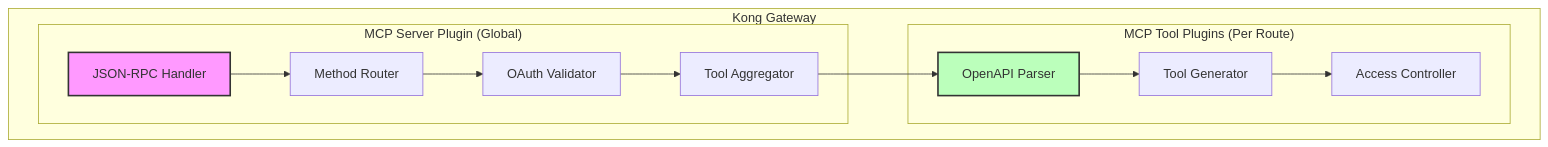
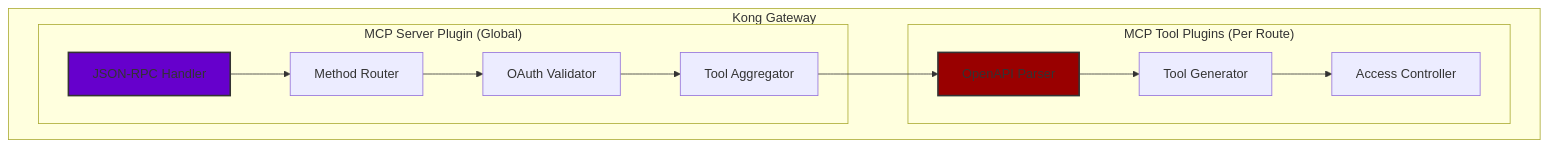
The third of 4 diagrams in README.md (kaheidt/kong-mcp-proxy-hackathon), drawn with Mermaid before and after one commit. The commit also changed other lines of this file, not shown here.

````diff
--- a/README.md
+++ b/README.md
@@ -154,27 +154,27 @@
 ```mermaid
 graph TD
     subgraph "Kong Gateway"
         subgraph "MCP Server Plugin (Global)"
             A[JSON-RPC Handler]
             B[Method Router]
             C[OAuth Validator]
             D[Tool Aggregator]
         end
         
         subgraph "MCP Tool Plugins (Per Route)"
             E[OpenAPI Parser]
             F[Tool Generator]
             G[Access Controller]
         end
     end
     
     A --> B
     B --> C
     C --> D
     D --> E
     E --> F
     F --> G
     
-    style A fill:#f9f,stroke:#333,stroke-width:2px
-    style E fill:#bfb,stroke:#333,stroke-width:2px
+    style A fill:#6600CC,stroke:#333,stroke-width:2px
+    style E fill:#990000,stroke:#333,stroke-width:2px
 ```
````
